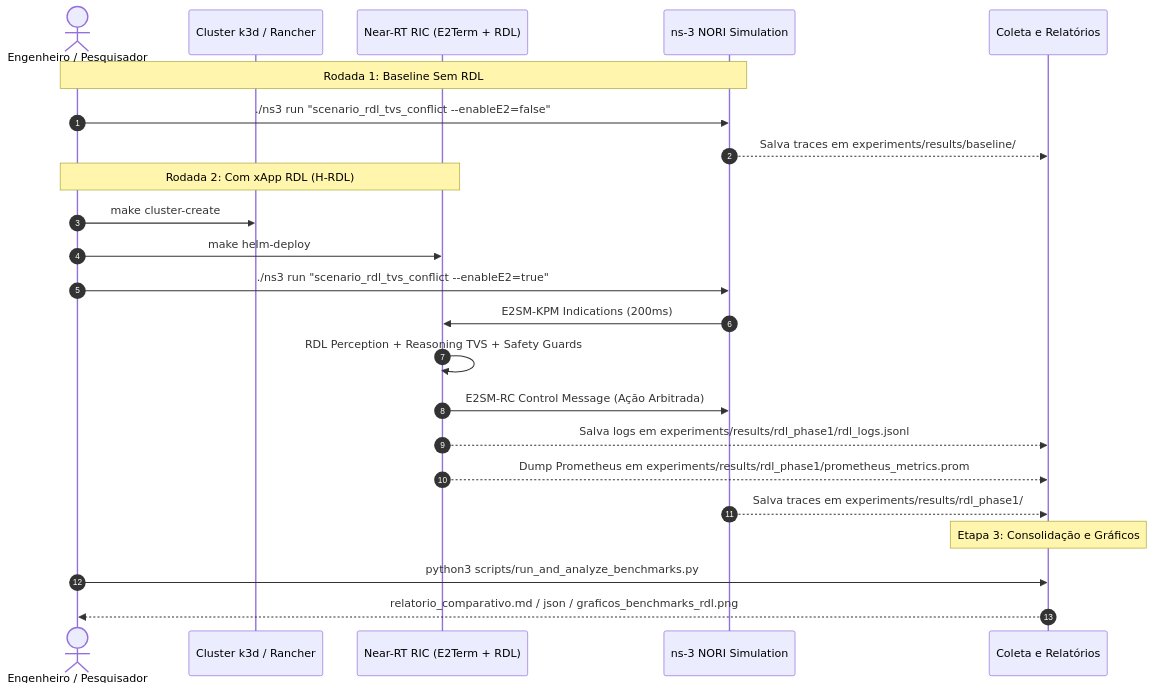
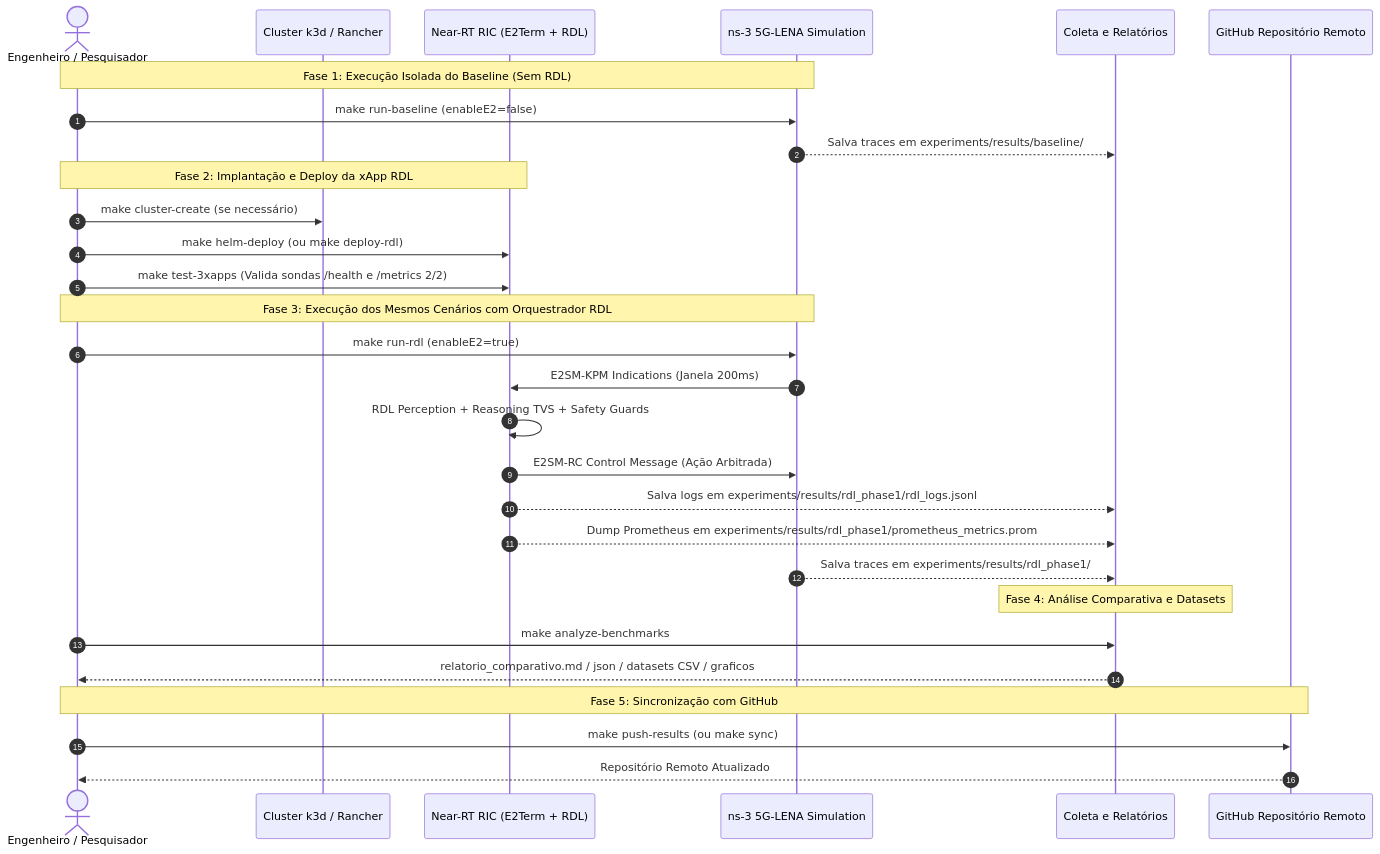
The third of 3 diagrams in docs/03_guia_deploy_testes_e_simulacoes_ns3.md (georgebarbosa3090/XApp-RDL-F1), drawn with Mermaid before and after one commit. The commit also changed other lines of this file and 14 other files, not shown here.

Commit message:
docs(experiments): explicit separation of baseline vs RDL phase 1, update traffic generator and ns-3 5G topology

````diff
--- a/docs/03_guia_deploy_testes_e_simulacoes_ns3.md
+++ b/docs/03_guia_deploy_testes_e_simulacoes_ns3.md
@@ -353,28 +372,36 @@
 ```mermaid
 sequenceDiagram
     autonumber
     actor Dev as Engenheiro / Pesquisador
     participant K8s as Cluster k3d / Rancher
     participant RIC as Near-RT RIC (E2Term + RDL)
-    participant NS3 as ns-3 NORI Simulation
+    participant NS3 as ns-3 5G-LENA Simulation
     participant Collector as Coleta e Relatórios
+    participant Git as GitHub Repositório Remoto
 
-    Note over Dev,NS3: Rodada 1: Baseline Sem RDL
-    Dev->>NS3: ./ns3 run "scenario_rdl_tvs_conflict --enableE2=false"
+    Note over Dev,NS3: Fase 1: Execução Isolada do Baseline (Sem RDL)
+    Dev->>NS3: make run-baseline (enableE2=false)
     NS3-->>Collector: Salva traces em experiments/results/baseline/
 
-    Note over Dev,RIC: Rodada 2: Com xApp RDL (H-RDL)
-    Dev->>K8s: make cluster-create
-    Dev->>RIC: make helm-deploy
-    Dev->>NS3: ./ns3 run "scenario_rdl_tvs_conflict --enableE2=true"
-    NS3->>RIC: E2SM-KPM Indications (200ms)
+    Note over Dev,RIC: Fase 2: Implantação e Deploy da xApp RDL
+    Dev->>K8s: make cluster-create (se necessário)
+    Dev->>RIC: make helm-deploy (ou make deploy-rdl)
+    Dev->>RIC: make test-3xapps (Valida sondas /health e /metrics 2/2)
+
+    Note over Dev,NS3: Fase 3: Execução dos Mesmos Cenários com Orquestrador RDL
+    Dev->>NS3: make run-rdl (enableE2=true)
+    NS3->>RIC: E2SM-KPM Indications (Janela 200ms)
     RIC->>RIC: RDL Perception + Reasoning TVS + Safety Guards
     RIC->>NS3: E2SM-RC Control Message (Ação Arbitrada)
     RIC-->>Collector: Salva logs em experiments/results/rdl_phase1/rdl_logs.jsonl
     RIC-->>Collector: Dump Prometheus em experiments/results/rdl_phase1/prometheus_metrics.prom
     NS3-->>Collector: Salva traces em experiments/results/rdl_phase1/
 
-    Note over Collector: Etapa 3: Consolidação e Gráficos
-    Dev->>Collector: python3 scripts/run_and_analyze_benchmarks.py
-    Collector-->>Dev: relatorio_comparativo.md / json / graficos_benchmarks_rdl.png
+    Note over Collector: Fase 4: Análise Comparativa e Datasets
+    Dev->>Collector: make analyze-benchmarks
+    Collector-->>Dev: relatorio_comparativo.md / json / datasets CSV / graficos
+
+    Note over Dev,Git: Fase 5: Sincronização com GitHub
+    Dev->>Git: make push-results (ou make sync)
+    Git-->>Dev: Repositório Remoto Atualizado
 ```
````
